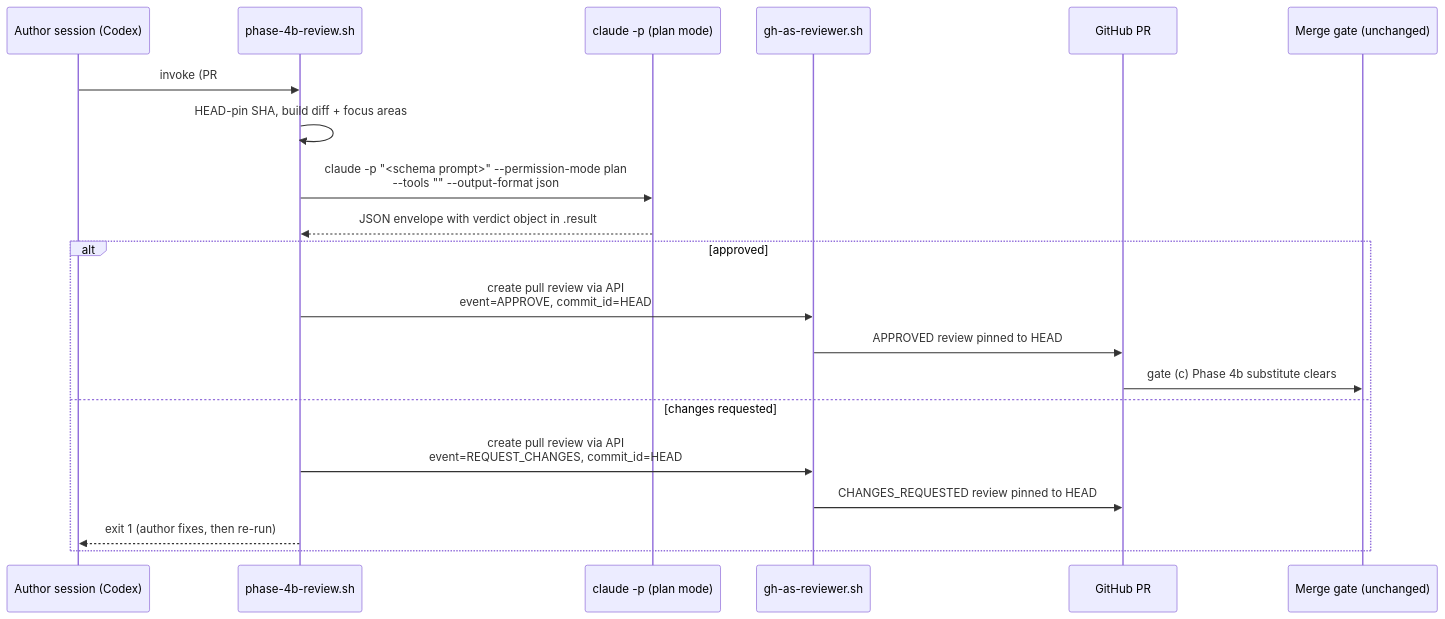
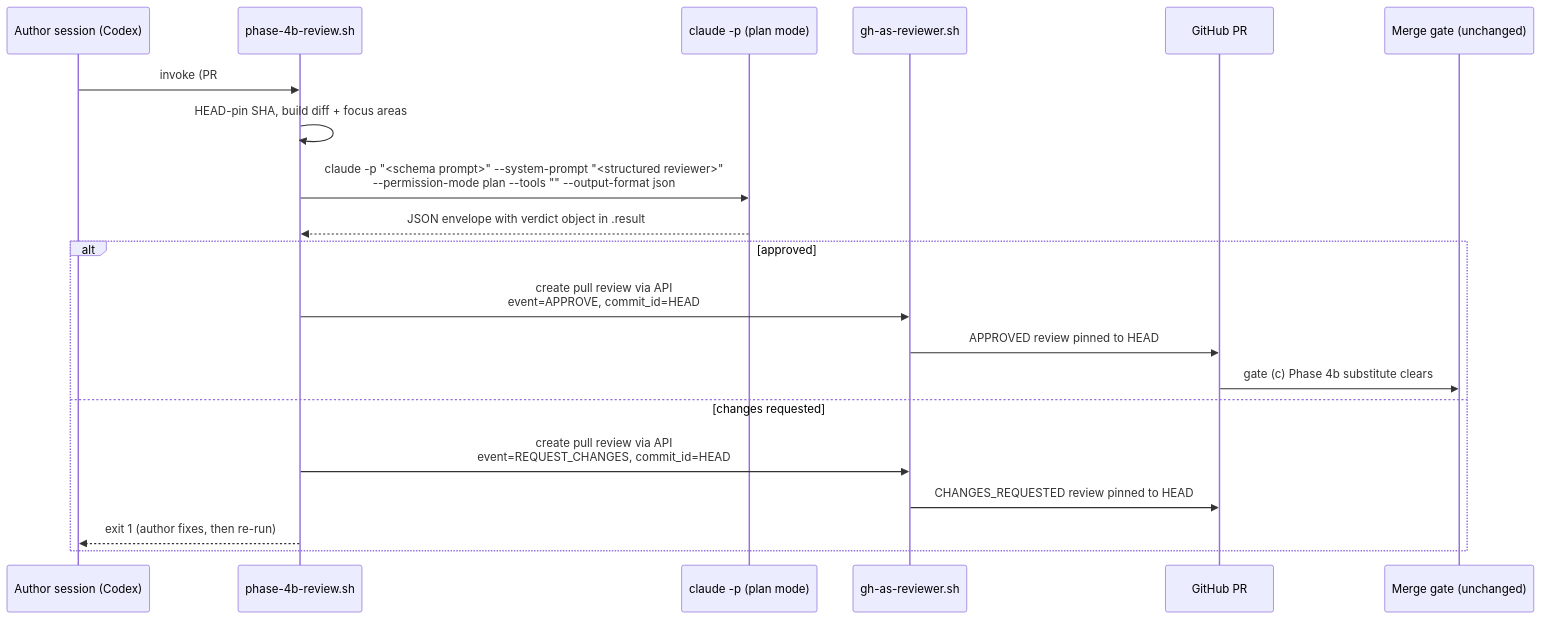
One commit to nathanjohnpayne/mergepath changed the fifth of 6 diagrams in plans/automated-phase-4b-handoff.md. Above: the diagram before and after it, drawn with Mermaid. The commit also changed other lines of this file and 3 other files, not shown here.

First line of the commit message:
Add structured Claude review prompt

````diff
--- a/plans/automated-phase-4b-handoff.md
+++ b/plans/automated-phase-4b-handoff.md
@@ -261,23 +261,23 @@
 ```mermaid
 sequenceDiagram
     participant CX as Author session (Codex)
     participant OR as phase-4b-review.sh
     participant CL as claude -p (plan mode)
     participant GR as gh-as-reviewer.sh
     participant PR as GitHub PR
     participant MG as Merge gate (unchanged)
 
     CX->>OR: invoke (PR#, direction=codex->claude)
     OR->>OR: HEAD-pin SHA, build diff + focus areas
-    OR->>CL: claude -p "<schema prompt>" --permission-mode plan<br/>--tools "" --output-format json
+    OR->>CL: claude -p "<schema prompt>" --system-prompt "<structured reviewer>"<br/>--permission-mode plan --tools "" --output-format json
     CL-->>OR: JSON envelope with verdict object in .result
     alt approved
         OR->>GR: create pull review via API<br/>event=APPROVE, commit_id=HEAD
         GR->>PR: APPROVED review pinned to HEAD
         PR->>MG: gate (c) Phase 4b substitute clears
     else changes requested
         OR->>GR: create pull review via API<br/>event=REQUEST_CHANGES, commit_id=HEAD
         GR->>PR: CHANGES_REQUESTED review pinned to HEAD
         OR-->>CX: exit 1 (author fixes, then re-run)
     end
 ```
````
